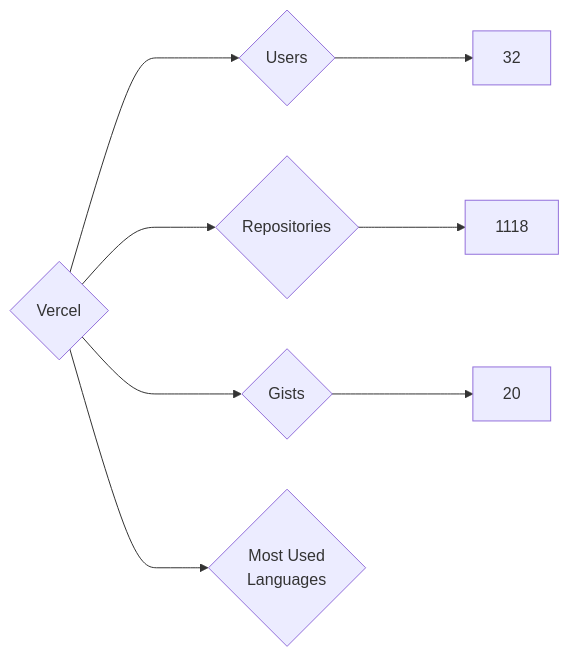
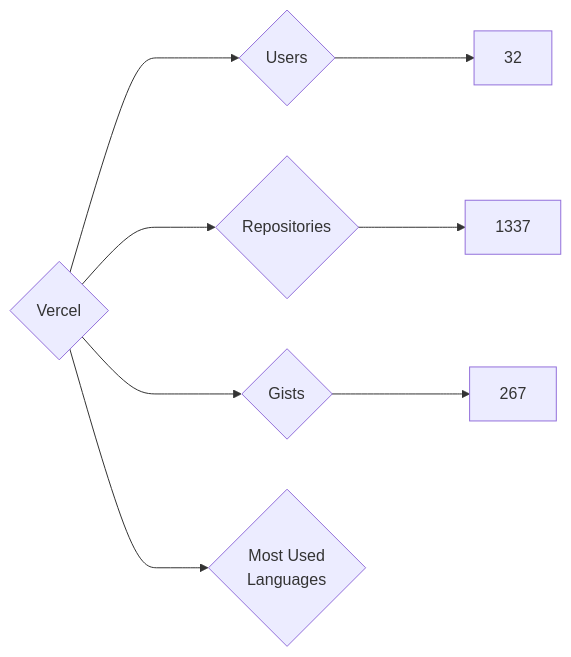
Before and after one commit to nenadzaric/insiders: the diagram in targets/Vercel/README.md, drawn with Mermaid. The commit also changed 1342 other files, not shown here.

````diff
--- a/targets/Vercel/README.md
+++ b/targets/Vercel/README.md
@@ -3,8 +3,8 @@
 ```mermaid
 graph LR
 COMPANY_NAME{Vercel}
 COMPANY_NAME ---> U{Users} ---> UN[32]
-COMPANY_NAME ---> R{Repositories} ---> RN[1118]
-COMPANY_NAME ---> G{Gists} ---> GN[20]
+COMPANY_NAME ---> R{Repositories} ---> RN[1337]
+COMPANY_NAME ---> G{Gists} ---> GN[267]
 COMPANY_NAME ---> ML{Most Used<br>Languages}
 ```
````
